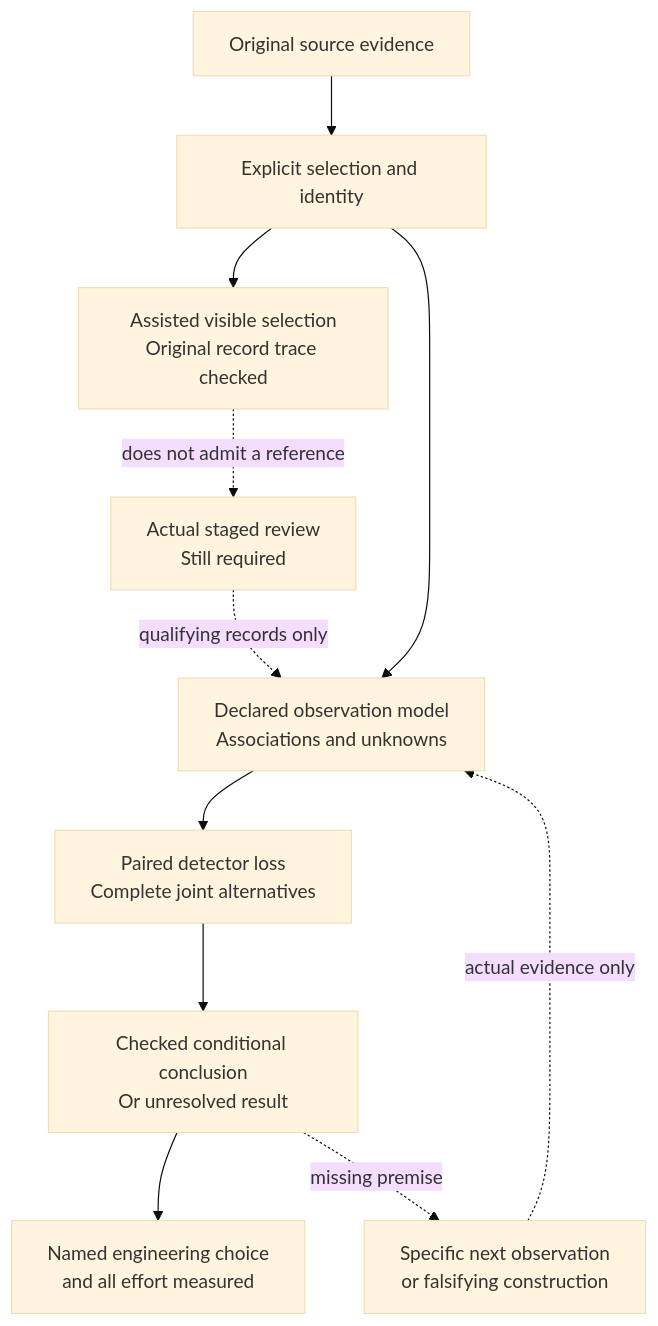
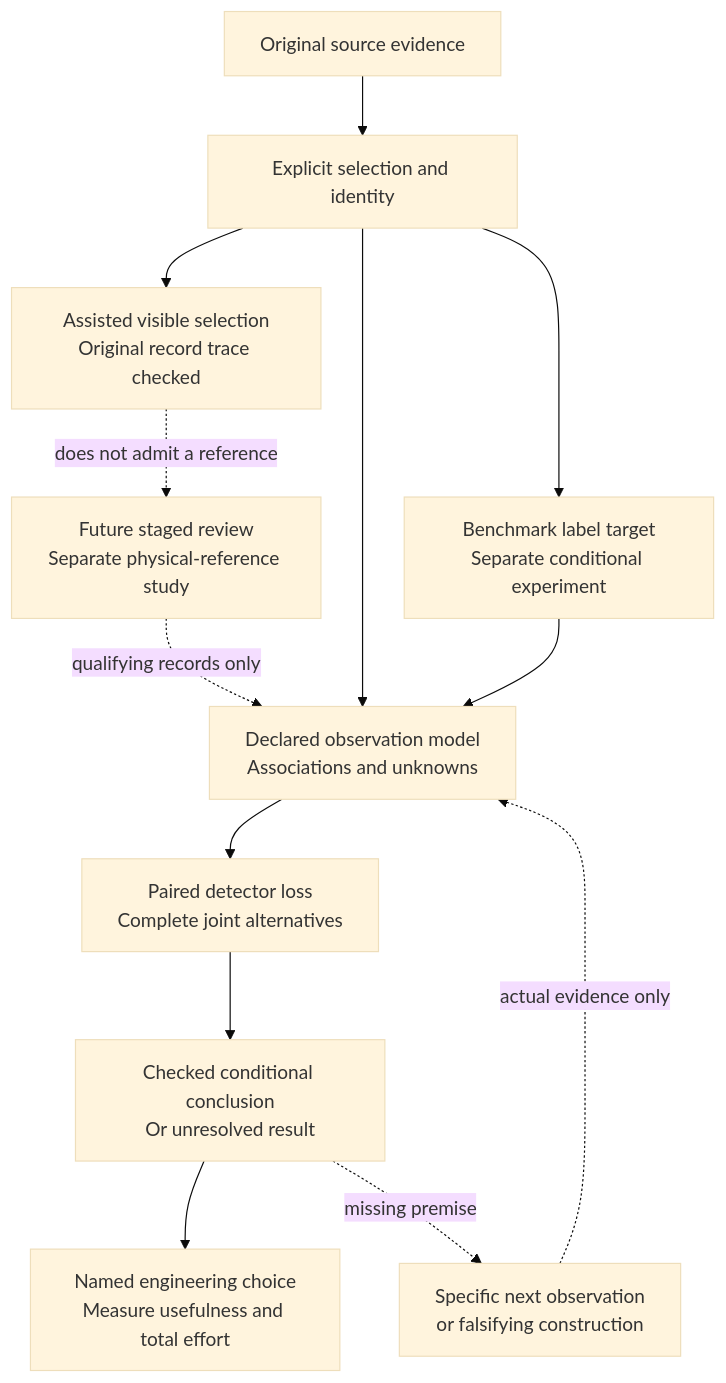
The first of 2 diagrams in docs/ENGINE_ROADMAP_2026-09-13.md (manfromnowhere143/reiyah), drawn with Mermaid (base theme) before and after one commit. The commit also changed other lines of this file and 7 other files, not shown here.

````diff
--- a/docs/ENGINE_ROADMAP_2026-09-13.md
+++ b/docs/ENGINE_ROADMAP_2026-09-13.md
@@ -29,13 +30,15 @@
 ```mermaid
 flowchart TB
   O["Original source evidence"] --> I["Explicit selection and identity"]
   I --> S["Assisted visible selection<br/>Original record trace checked"]
-  S -. "does not admit a reference" .-> H["Actual staged review<br/>Still required"]
+  S -. "does not admit a reference" .-> H["Future staged review<br/>Separate physical-reference study"]
   H -. "qualifying records only" .-> M
   I --> M["Declared observation model<br/>Associations and unknowns"]
+  I --> B["Benchmark label target<br/>Separate conditional experiment"]
+  B --> M
   M --> D["Paired detector loss<br/>Complete joint alternatives"]
   D --> C["Checked conditional conclusion<br/>Or unresolved result"]
-  C --> U["Named engineering choice<br/>and all effort measured"]
+  C --> U["Named engineering choice<br/>Measure usefulness and total effort"]
   C -. "missing premise" .-> Q["Specific next observation<br/>or falsifying construction"]
   Q -. "actual evidence only" .-> M
 ```
````
